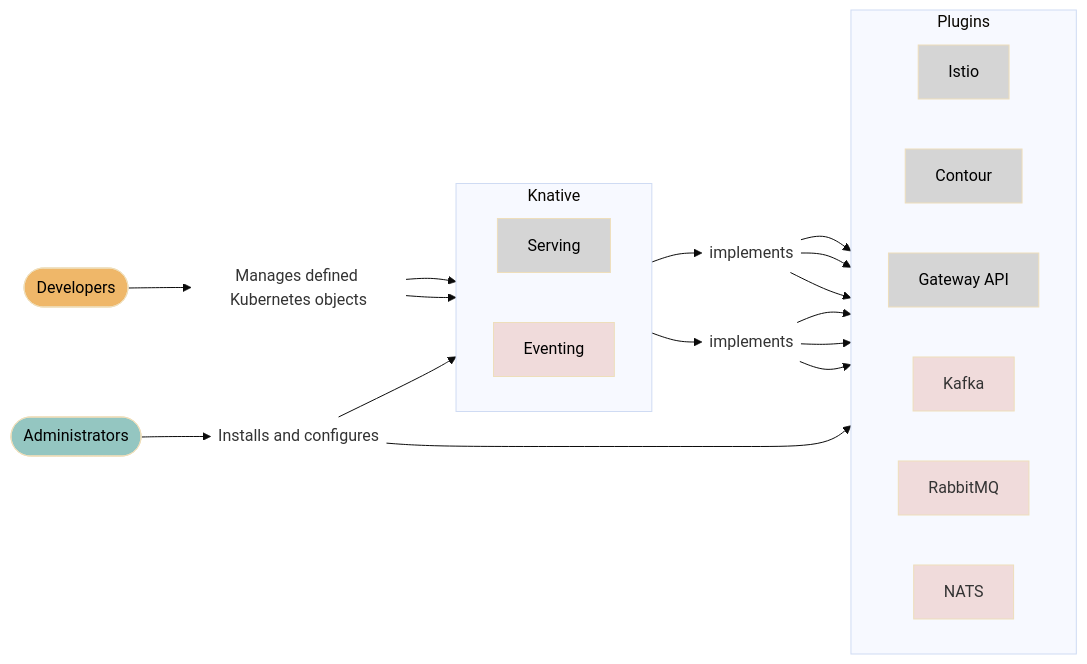
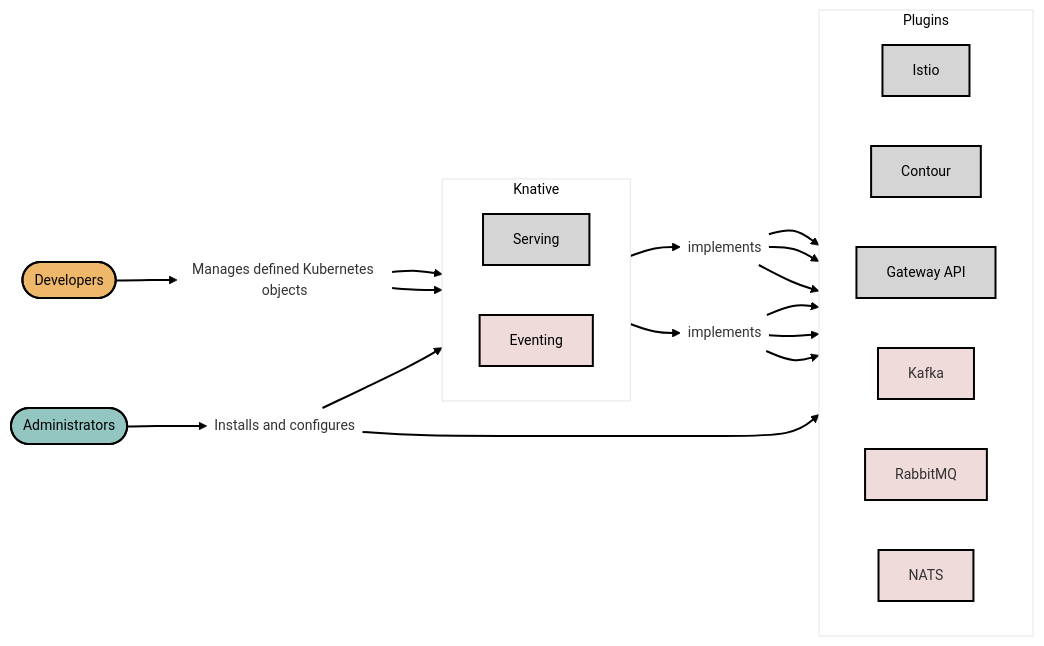
The diagram in docs/versioned/admin/admin-overview.md (knative/docs), drawn with Mermaid before and after one commit.

Commit message:
Update admin-overview.md
Mermaid testing

````diff
--- a/docs/versioned/admin/admin-overview.md
+++ b/docs/versioned/admin/admin-overview.md
@@ -12,45 +12,45 @@
 ```mermaid
 ---
 config:
-  theme: base
+  theme: neo
   layout: dagre
   look: classic
 ---
 flowchart LR
  subgraph Knative["Knative"]
     direction LR
         Serving["Serving"]
         Eventing["Eventing"]
   end
  subgraph Plugins["Plugins"]
     direction LR
         net-istio["Istio"]
         net-contour["Contour"]
         net-gateway-api["Gateway API"]
         event-kafka["Kafka"]
         event-rabbitmq["RabbitMQ"]
         event-nats["NATS"]
   end
     Dev(["Developers"]) --> dev-acts["Manages defined Kubernetes objects"]
     dev-acts --> Serving & Eventing
     Admin(["Administrators"]) --> admin-acts["Installs and configures"]
     admin-acts --> Knative & Plugins
     Serving --> net-impl["implements"]
     net-impl --> net-istio & net-contour & net-gateway-api
     Eventing --> event-impl["implements"]
     event-impl --> event-kafka & event-rabbitmq & event-nats
     dev-acts@{ shape: text}
     admin-acts@{ shape: text}
     net-impl@{ shape: text}
     event-impl@{ shape: text}
     style Serving fill:#D5D5D5,color:#000000
     style Eventing fill:#F0DBDB,color:#000000
     style net-istio fill:#D5D5D5,color:#000000
     style net-contour fill:#D5D5D5,color:#000000
     style net-gateway-api fill:#D5D5D5,color:#000000
     style event-kafka fill:#F0DBDB
     style event-rabbitmq fill:#F0DBDB
     style event-nats fill:#F0DBDB
     style Dev fill:#EFB769,color:#000000
     style Admin fill:#94C6C1,color:#000000
 ```
````
